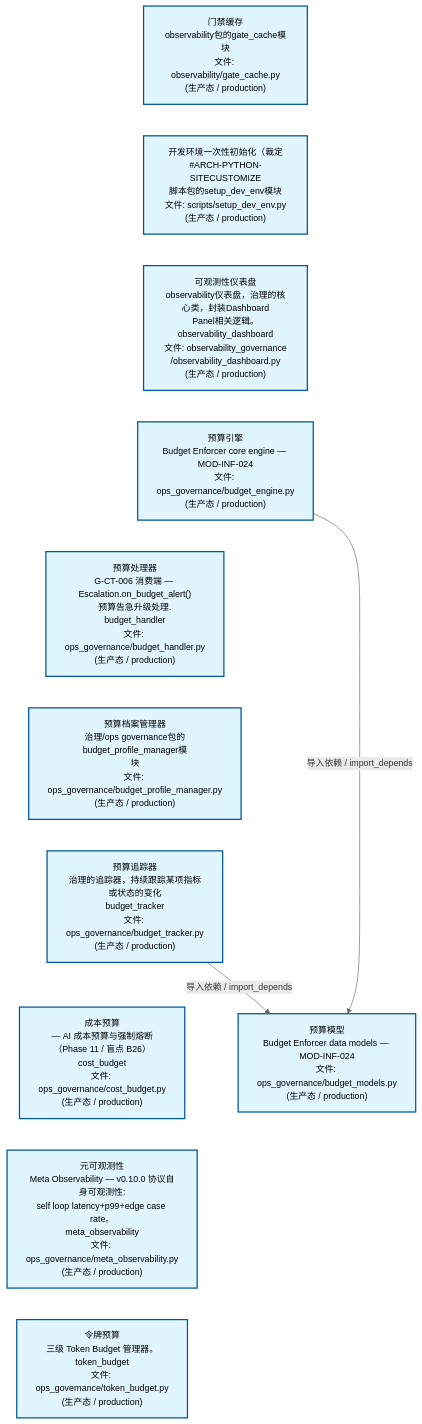
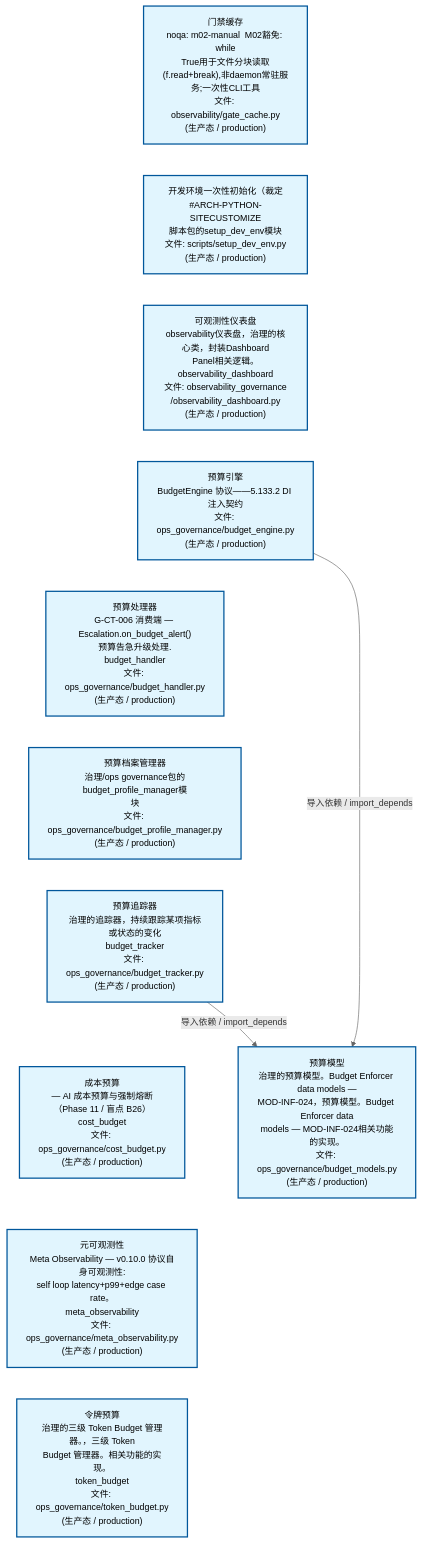
The second of 3 diagrams in docs/02_enterprise_architecture/02_domain_architecture_docs/24_d_ops.md (xuanFelixVan/ZephyrAlpha), drawn with Mermaid before and after one commit. The commit also changed other lines of this file and 48 other files, not shown here.

````diff
--- a/docs/02_enterprise_architecture/02_domain_architecture_docs/24_d_ops.md
+++ b/docs/02_enterprise_architecture/02_domain_architecture_docs/24_d_ops.md
@@ -125,31 +125,31 @@
 ```mermaid
 %%{init: {'theme': 'base', 'themeVariables': {'primaryColor': '#eaeaea', 'primaryTextColor': '#333333', 'primaryBorderColor': '#666666', 'lineColor': '#666666', 'secondaryColor': '#eaeaea', 'tertiaryColor': '#eaeaea', 'fontSize': '14px'}}}%%
 flowchart TD
-    scripts_governance_observability_gate_cache_py["门禁缓存<br/>observability包的gate_cache模块<br/>文件: observability/gate_cache.py<br/>(生产态 / production)"]
+    scripts_governance_observability_gate_cache_py["门禁缓存<br/>noqa: m02-manual  M02豁免: while<br/>True用于文件分块读取<br/>(f.read+break),非daemon常驻服务;一次性CLI工具<br/>文件: observability/gate_cache.py<br/>(生产态 / production)"]
     scripts_setup_dev_env_py["开发环境一次性初始化（裁定<br/>#ARCH-PYTHON-SITECUSTOMIZE<br/>脚本包的setup_dev_env模块<br/>文件: scripts/setup_dev_env.py<br/>(生产态 / production)"]
     src_zephyr_governance_observability_governance_observability_dashboard_py["可观测性仪表盘<br/>observability仪表盘，治理的核心类，封装Dashboard<br/>Panel相关逻辑。<br/>observability_dashboard<br/>文件: observability_governance<br/>/observability_dashboard.py<br/>(生产态 / production)"]
-    src_zephyr_governance_ops_governance_budget_engine_py["预算引擎<br/>Budget Enforcer core engine — MOD-INF-024<br/>文件: ops_governance/budget_engine.py<br/>(生产态 / production)"]
+    src_zephyr_governance_ops_governance_budget_engine_py["预算引擎<br/>BudgetEngine 协议——5.133.2 DI 注入契约<br/>文件: ops_governance/budget_engine.py<br/>(生产态 / production)"]
     src_zephyr_governance_ops_governance_budget_handler_py["预算处理器<br/>G-CT-006 消费端 — Escalation.on_budget_alert()<br/>预算告急升级处理.<br/>budget_handler<br/>文件: ops_governance/budget_handler.py<br/>(生产态 / production)"]
     src_zephyr_governance_ops_governance_budget_profile_manager_py["预算档案管理器<br/>治理/ops governance包的budget_profile_manager模<br/>块<br/>文件: ops_governance/budget_profile_manager.py<br/>(生产态 / production)"]
     src_zephyr_governance_ops_governance_budget_tracker_py["预算追踪器<br/>治理的追踪器，持续跟踪某项指标或状态的变化<br/>budget_tracker<br/>文件: ops_governance/budget_tracker.py<br/>(生产态 / production)"]
     src_zephyr_governance_ops_governance_cost_budget_py["成本预算<br/>— AI 成本预算与强制熔断（Phase 11 / 盲点 B26）<br/>cost_budget<br/>文件: ops_governance/cost_budget.py<br/>(生产态 / production)"]
     src_zephyr_governance_ops_governance_meta_observability_py["元可观测性<br/>Meta Observability — v0.10.0 协议自身可观测性:<br/>self loop latency+p99+edge case rate。<br/>meta_observability<br/>文件: ops_governance/meta_observability.py<br/>(生产态 / production)"]
-    src_zephyr_governance_ops_governance_token_budget_py["令牌预算<br/>三级 Token Budget 管理器。<br/>token_budget<br/>文件: ops_governance/token_budget.py<br/>(生产态 / production)"]
+    src_zephyr_governance_ops_governance_token_budget_py["令牌预算<br/>治理的三级 Token Budget 管理器。，三级 Token<br/>Budget 管理器。相关功能的实现。<br/>token_budget<br/>文件: ops_governance/token_budget.py<br/>(生产态 / production)"]
     scripts_governance_observability_gate_cache_py ~~~ scripts_setup_dev_env_py
     scripts_setup_dev_env_py ~~~ src_zephyr_governance_observability_governance_observability_dashboard_py
     src_zephyr_governance_observability_governance_observability_dashboard_py ~~~ src_zephyr_governance_ops_governance_budget_engine_py
     src_zephyr_governance_ops_governance_budget_engine_py ~~~ src_zephyr_governance_ops_governance_budget_handler_py
     src_zephyr_governance_ops_governance_budget_handler_py ~~~ src_zephyr_governance_ops_governance_budget_profile_manager_py
     src_zephyr_governance_ops_governance_budget_profile_manager_py ~~~ src_zephyr_governance_ops_governance_budget_tracker_py
     src_zephyr_governance_ops_governance_budget_tracker_py ~~~ src_zephyr_governance_ops_governance_cost_budget_py
     src_zephyr_governance_ops_governance_cost_budget_py ~~~ src_zephyr_governance_ops_governance_meta_observability_py
     src_zephyr_governance_ops_governance_meta_observability_py ~~~ src_zephyr_governance_ops_governance_token_budget_py
-    src_zephyr_governance_ops_governance_budget_models_py["预算模型<br/>Budget Enforcer data models — MOD-INF-024<br/>文件: ops_governance/budget_models.py<br/>(生产态 / production)"]
+    src_zephyr_governance_ops_governance_budget_models_py["预算模型<br/>治理的预算模型。Budget Enforcer data models —<br/>MOD-INF-024，预算模型。Budget Enforcer data<br/>models — MOD-INF-024相关功能的实现。<br/>文件: ops_governance/budget_models.py<br/>(生产态 / production)"]
     src_zephyr_governance_ops_governance_budget_engine_py -->|导入依赖 / import_depends| src_zephyr_governance_ops_governance_budget_models_py
     src_zephyr_governance_ops_governance_budget_tracker_py -->|导入依赖 / import_depends| src_zephyr_governance_ops_governance_budget_models_py
     classDef production fill:#e1f5fe,stroke:#01579b,stroke-width:2px,color:#000
     classDef design fill:#fff3e0,stroke:#e65100,stroke-width:2px,color:#000,stroke-dasharray: 5 5
     classDef external_prod fill:#e8f4fd,stroke:#0277bd,stroke-width:1px,color:#000
     classDef external_design fill:#fff8e7,stroke:#ef6c00,stroke-width:1px,color:#000,stroke-dasharray: 5 5
     class scripts_governance_observability_gate_cache_py,scripts_setup_dev_env_py,src_zephyr_governance_observability_governance_observability_dashboard_py,src_zephyr_governance_ops_governance_budget_engine_py,src_zephyr_governance_ops_governance_budget_handler_py,src_zephyr_governance_ops_governance_budget_models_py,src_zephyr_governance_ops_governance_budget_profile_manager_py,src_zephyr_governance_ops_governance_budget_tracker_py,src_zephyr_governance_ops_governance_cost_budget_py,src_zephyr_governance_ops_governance_meta_observability_py,src_zephyr_governance_ops_governance_token_budget_py production
 ```
````
